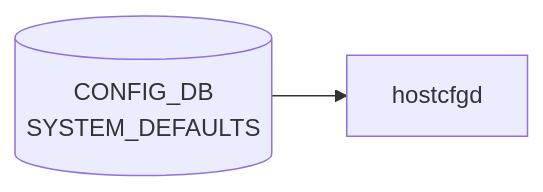
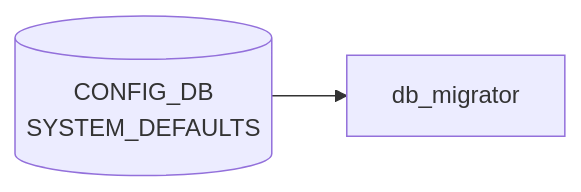
The diagram in docs/reference/config-db/system-defaults.md (aoki-taquan/sonic-unofficial-docs), drawn with Mermaid before and after one commit. The commit also changed 13 other files, not shown here.

````diff
--- a/docs/reference/config-db/system-defaults.md
+++ b/docs/reference/config-db/system-defaults.md
@@ -28,6 +28,6 @@
 ```mermaid
 flowchart LR
   CDB[("CONFIG_DB<br/>SYSTEM_DEFAULTS")]
-  DM["hostcfgd"]
+  DM["db_migrator"]
   CDB --> DM
 ```
````
